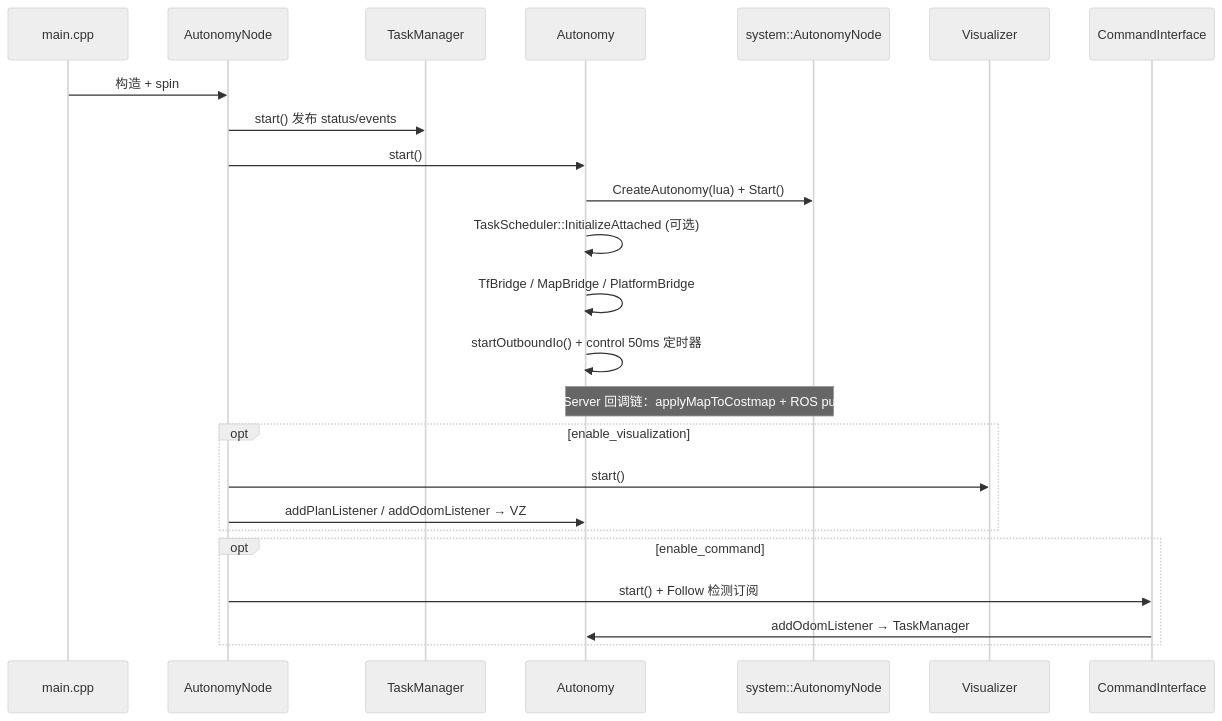
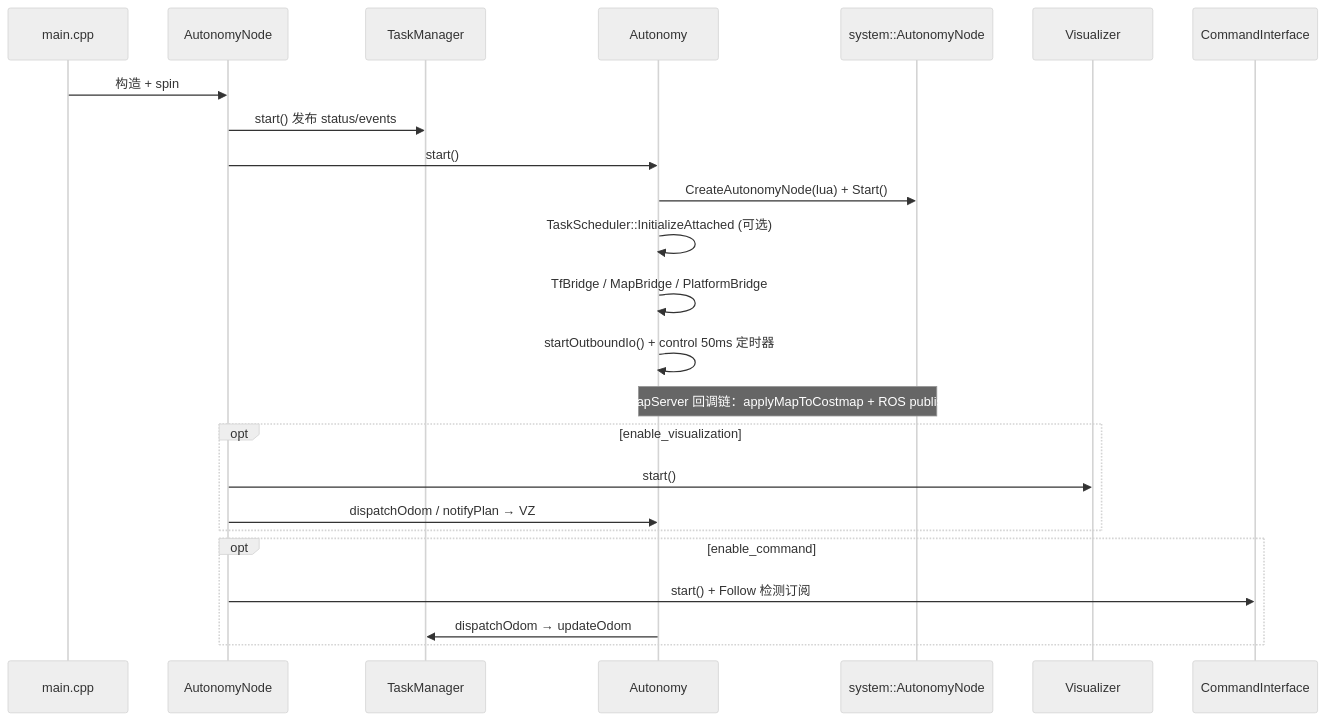
Before and after one commit to quandy2020/autonomy_ros: the second of 6 diagrams in autonomy_ros/docs/architecture.md, drawn with Mermaid (neutral theme). The commit also changed other lines of this file and 36 other files, not shown here.

````diff
--- a/autonomy_ros/docs/architecture.md
+++ b/autonomy_ros/docs/architecture.md
@@ -102,27 +106,27 @@
 ```mermaid
 sequenceDiagram
   participant Main as main.cpp
   participant AN as AutonomyNode
   participant TM as TaskManager
   participant A as Autonomy
   participant Core as system::AutonomyNode
   participant VZ as Visualizer
   participant CI as CommandInterface
 
   Main->>AN: 构造 + spin
   AN->>TM: start() 发布 status/events
   AN->>A: start()
-  A->>Core: CreateAutonomy(lua) + Start()
+  A->>Core: CreateAutonomyNode(lua) + Start()
   A->>A: TaskScheduler::InitializeAttached (可选)
   A->>A: TfBridge / MapBridge / PlatformBridge
   A->>A: startOutboundIo() + control 50ms 定时器
   Note over A,Core: MapServer 回调链：applyMapToCostmap + ROS publish
   opt enable_visualization
     AN->>VZ: start()
-    AN->>A: addPlanListener / addOdomListener → VZ
+    AN->>A: dispatchOdom / notifyPlan → VZ
   end
   opt enable_command
     AN->>CI: start() + Follow 检测订阅
-    CI->>A: addOdomListener → TaskManager
+    A->>TM: dispatchOdom → updateOdom
   end
 ```
````
